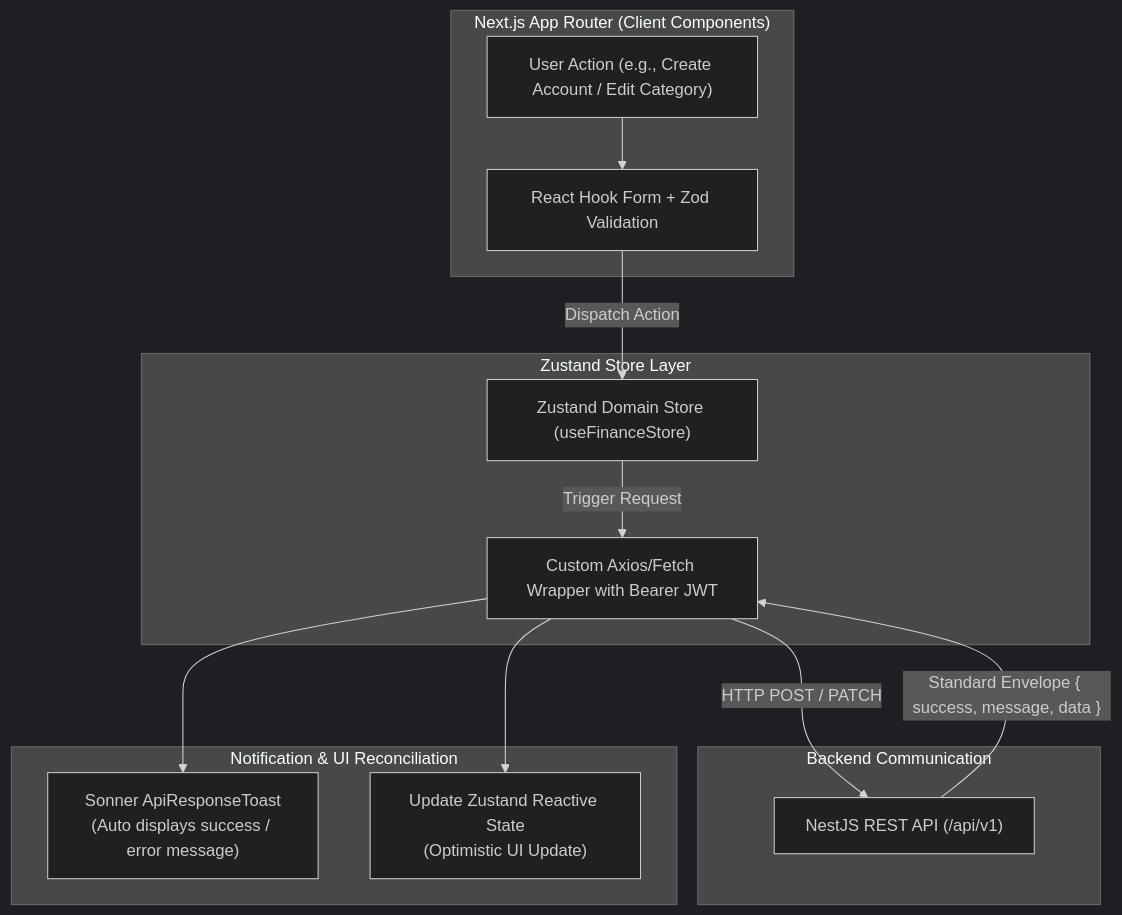
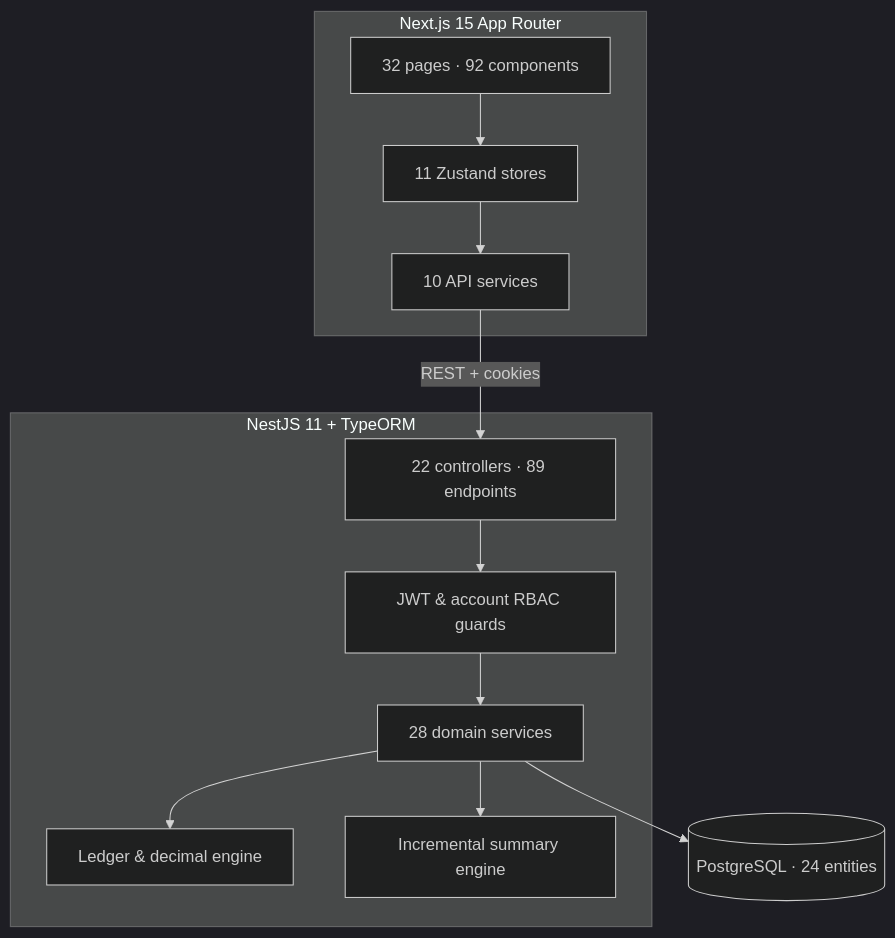
Before and after one commit to marceldavidbaroi/portfolio-astro: the diagram in src/content/projects/04-mindvault.md, drawn with Mermaid (dark theme). The commit also changed other lines of this file and 63 other files, not shown here.

````diff
--- a/src/content/projects/04-mindvault.md
+++ b/src/content/projects/04-mindvault.md
@@ -346,28 +204,24 @@
 ```mermaid
 flowchart TD
-    subgraph UI_Layer ["Next.js App Router (Client Components)"]
-        ACTION["User Action (e.g., Create Account / Edit Category)"]
-        FORM["React Hook Form + Zod Validation"]
-        ACTION --> FORM
+    subgraph Client ["Next.js 15 App Router"]
+        UI["32 pages · 92 components"]
+        Stores["11 Zustand stores"]
+        Services["10 API services"]
+        UI --> Stores --> Services
     end
 
-    subgraph State_Layer ["Zustand Store Layer"]
-        STORE["Zustand Domain Store (useFinanceStore)"]
-        FETCHER["Custom Axios/Fetch Wrapper with Bearer JWT"]
-        FORM -->|"Dispatch Action"| STORE
-        STORE -->|"Trigger Request"| FETCHER
+    subgraph Server ["NestJS 11 + TypeORM"]
+        Controllers["22 controllers · 89 endpoints"]
+        Guards["JWT & account RBAC guards"]
+        Domain["28 domain services"]
+        Ledger["Ledger & decimal engine"]
+        Summary["Incremental summary engine"]
+        Controllers --> Guards --> Domain
+        Domain --> Ledger
+        Domain --> Summary
     end
 
-    subgraph Network_Layer ["Backend Communication"]
-        API["NestJS REST API (/api/v1)"]
-        FETCHER -->|"HTTP POST / PATCH"| API
-        API -->|"Standard Envelope { success, message, data }"| FETCHER
-    end
-
-    subgraph Feedback_Layer ["Notification & UI Reconciliation"]
-        TOAST["Sonner ApiResponseToast<br/>(Auto displays success / error message)"]
-        REACTIVE["Update Zustand Reactive State<br/>(Optimistic UI Update)"]
-        FETCHER --> TOAST
-        FETCHER --> REACTIVE
-    end
+    DB[("PostgreSQL · 24 entities")]
+    Services -->|"REST + cookies"| Controllers
+    Domain --> DB
 ```
````
